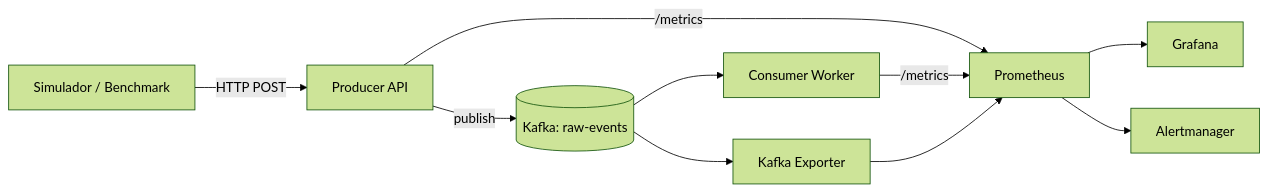
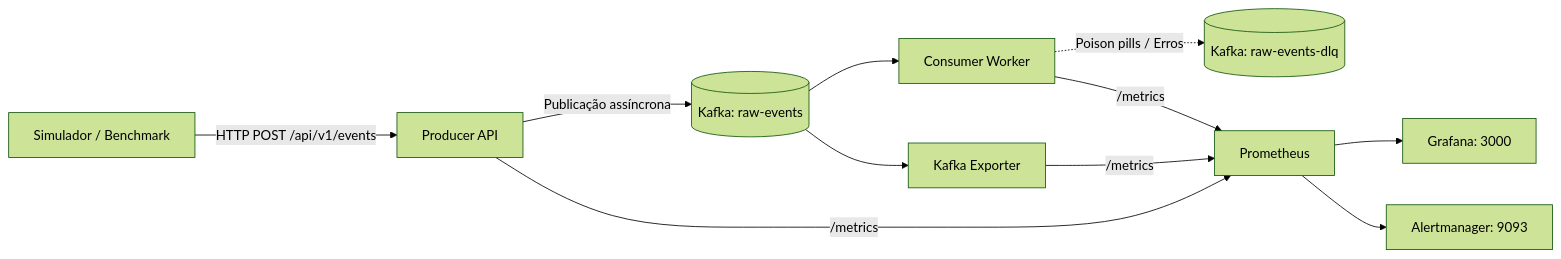
One commit to Elisabete-MO/observability-resilient-pipeline changed the diagram in docs/02-architecture.md. Above: the diagram before and after it, drawn with Mermaid (forest theme). The commit also changed other lines of this file and 18 other files, not shown here.

````diff
--- a/docs/02-architecture.md
+++ b/docs/02-architecture.md
@@ -3,12 +3,13 @@
 ```mermaid
 flowchart LR
-  B[Simulador / Benchmark] -->|HTTP POST| P[Producer API]
-  P -->|publish| K[(Kafka: raw-events)]
+  B[Simulador / Benchmark] -->|HTTP POST /api/v1/events| P[Producer API]
+  P -->|Publicação assíncrona| K[(Kafka: raw-events)]
   K --> C[Consumer Worker]
+  C -.->|Poison pills / Erros| DLQ[(Kafka: raw-events-dlq)]
   P -->|/metrics| M[Prometheus]
   C -->|/metrics| M
   K --> E[Kafka Exporter]
-  E --> M
-  M --> G[Grafana]
-  M --> A[Alertmanager]
+  E -->|/metrics| M
+  M --> G[Grafana: 3000]
+  M --> A[Alertmanager: 9093]
 ```
````
